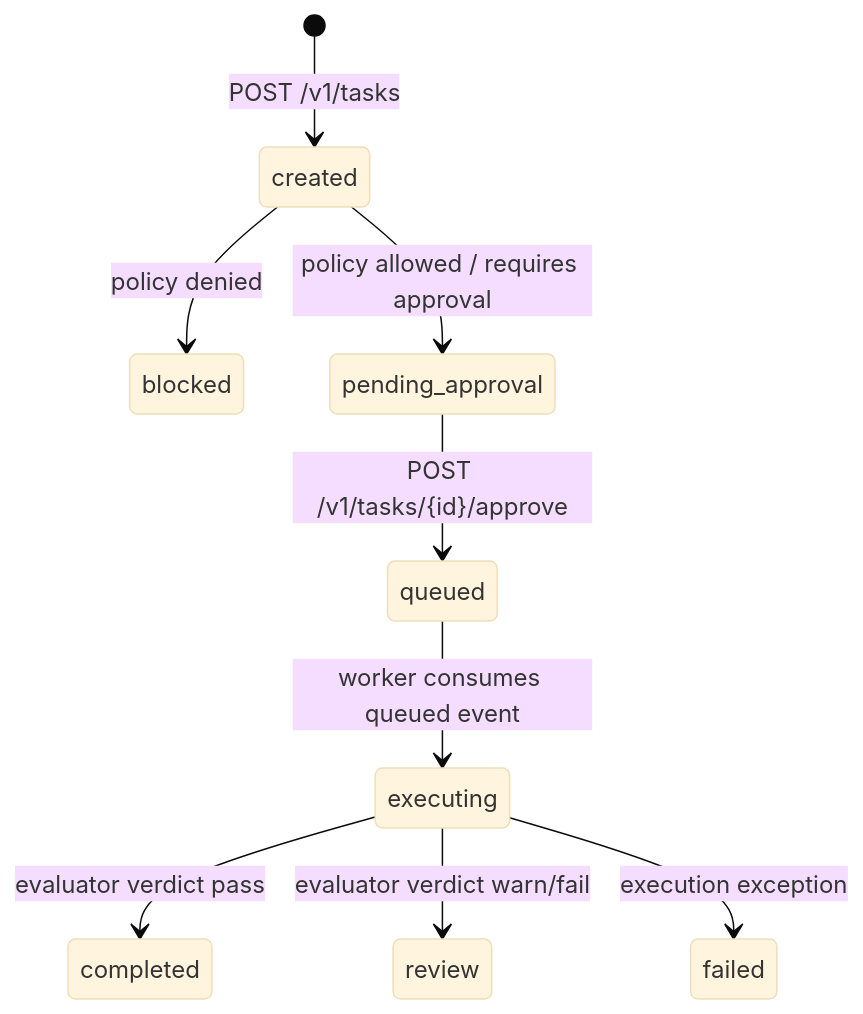
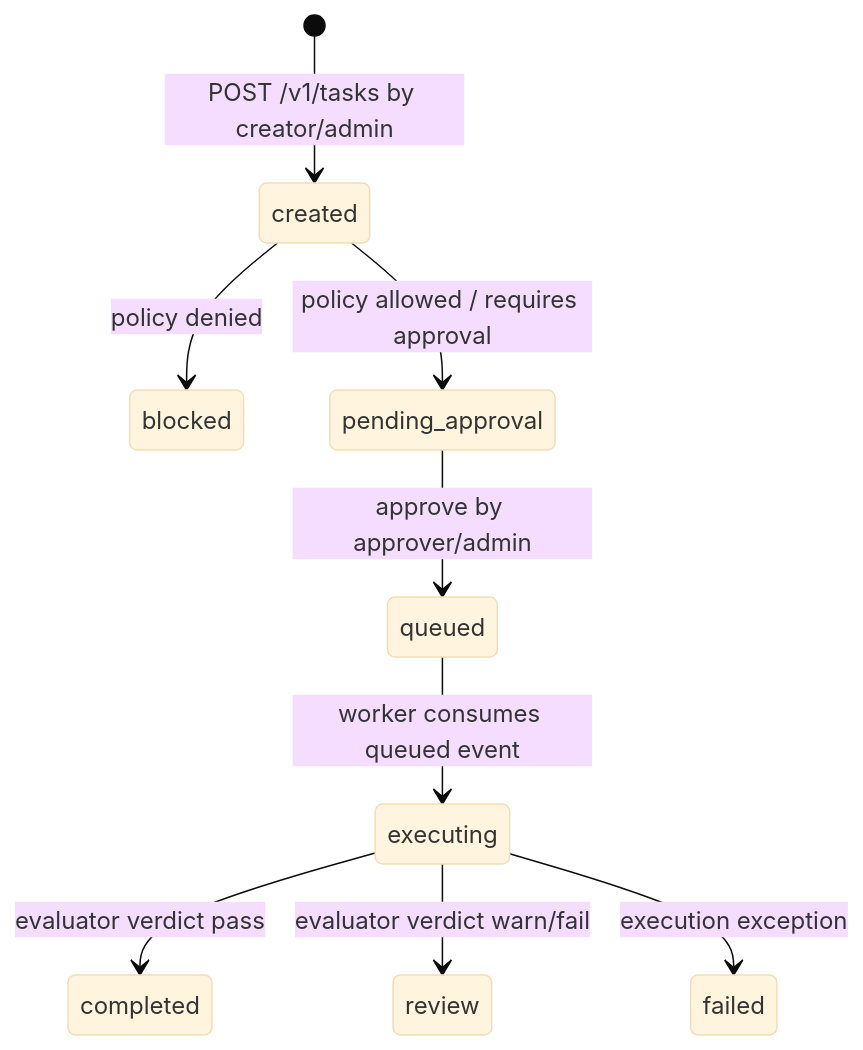
The second of 2 diagrams in DOCS/ARCHITECTURE.md (leo459028/BrowserAgent), drawn with Mermaid (base theme) before and after one commit. The commit also changed other lines of this file and 25 other files, not shown here.

````diff
--- a/DOCS/ARCHITECTURE.md
+++ b/DOCS/ARCHITECTURE.md
@@ -50,11 +62,11 @@
 ```mermaid
 stateDiagram-v2
-    [*] --> created: POST /v1/tasks
+    [*] --> created: POST /v1/tasks by creator/admin
     created --> blocked: policy denied
     created --> pending_approval: policy allowed / requires approval
-    pending_approval --> queued: POST /v1/tasks/{id}/approve
+    pending_approval --> queued: approve by approver/admin
     queued --> executing: worker consumes queued event
     executing --> completed: evaluator verdict pass
     executing --> review: evaluator verdict warn/fail
     executing --> failed: execution exception
 ```
````
